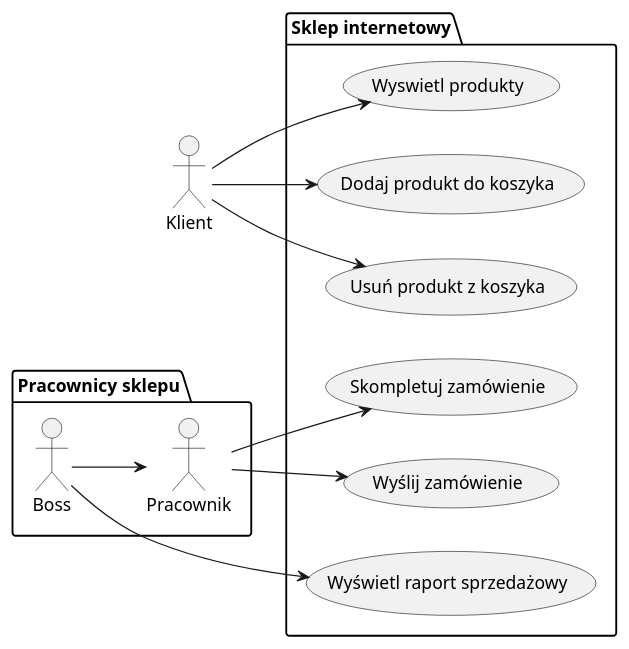
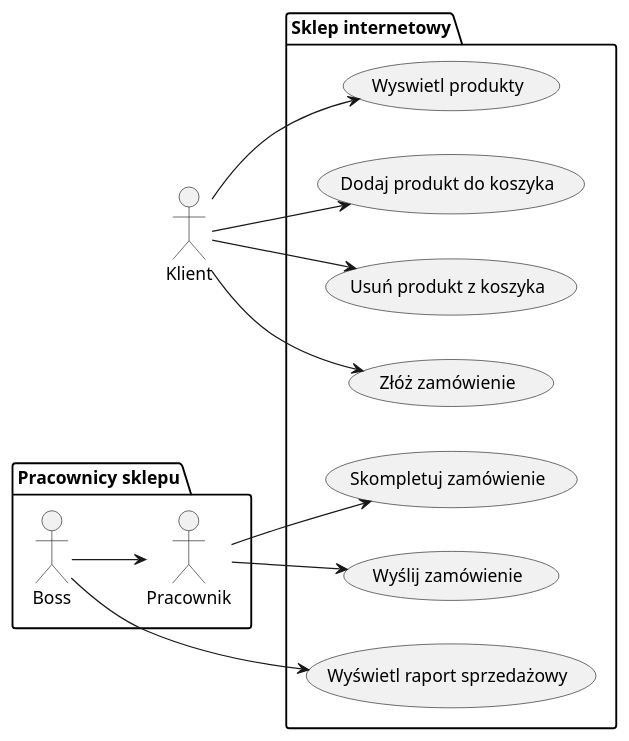
One commit to OCTAPROS/webapp_shop_eu changed the diagram in _docu/use_case.md. Above: the diagram before and after it, drawn with PlantUML. The commit also changed 2 other files, not shown here.

Commit message:
nowy wykres i małe zmiany

````diff
--- a/_docu/use_case.md
+++ b/_docu/use_case.md
@@ -3,31 +3,33 @@
 ```plantuml
 @startuml
 left to right direction
 actor Klient as k
 package "Pracownicy sklepu" {
   actor Pracownik as p
   actor "Boss" as pb
   pb --> p
 }
 package "Sklep internetowy" {
   usecase "Wyswietl produkty" as UC_k1
   usecase "Dodaj produkt do koszyka" as UC_k2
   usecase "Usuń produkt z koszyka" as UC_k3
+  usecase "Złóż zamówienie" as UC_k4
 
   usecase "Skompletuj zamówienie" as UC_p1
   usecase "Wyślij zamówienie" as UC_p2
 
   usecase "Wyświetl raport sprzedażowy" as UC_pb1
 
 }
 
 k --> UC_k1
 k --> UC_k2
 k --> UC_k3
+k --> UC_k4
 
 p --> UC_p1
 p --> UC_p2
 pb --> UC_pb1
 
 @enduml
 ```
````
